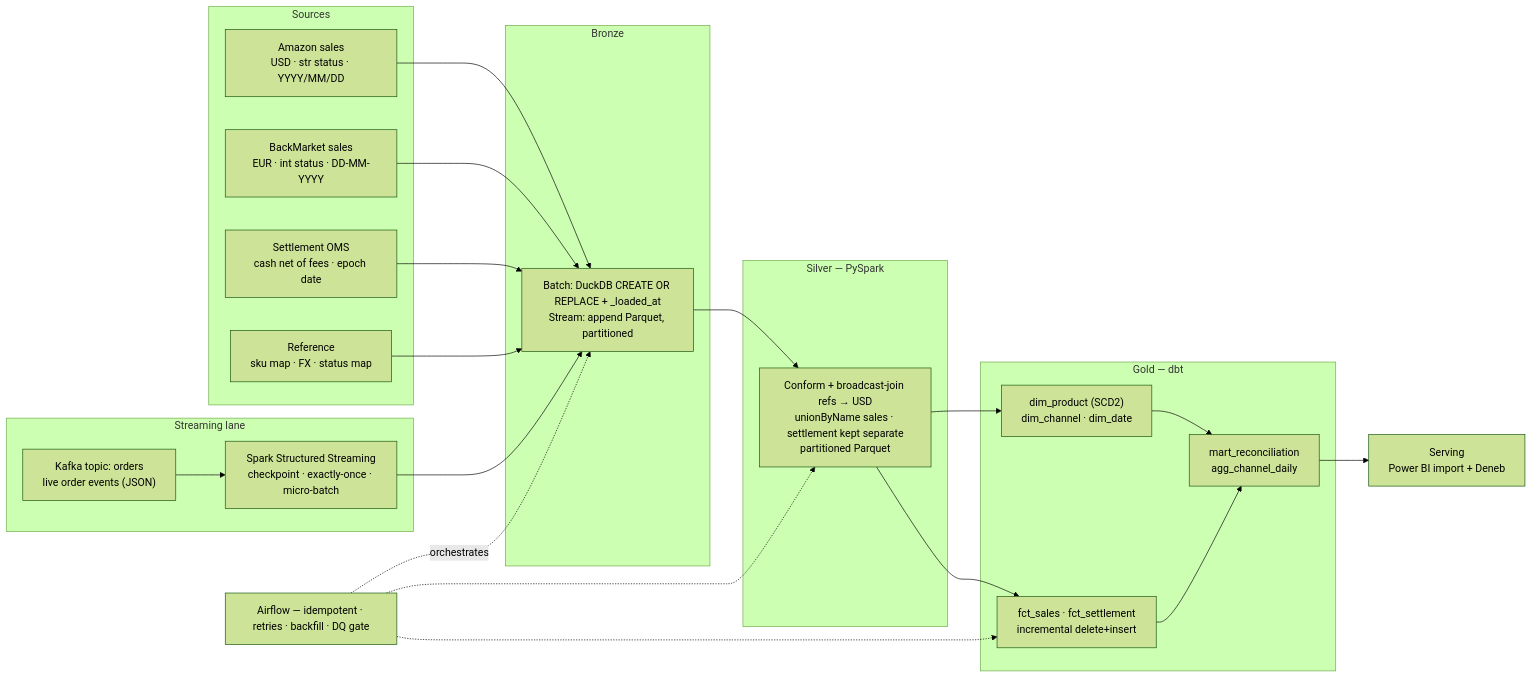
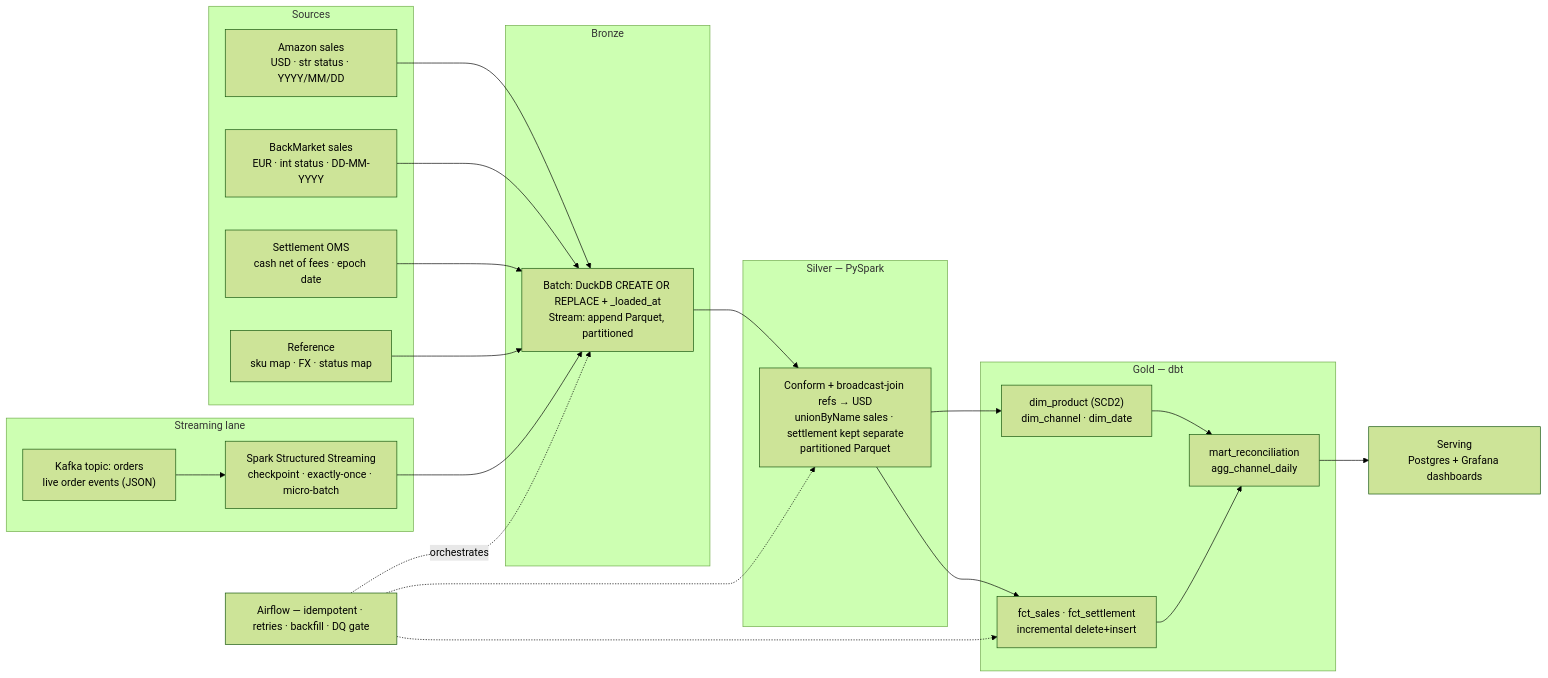
Before and after one commit to uyentrang27/commerce-lakehouse: the first of 2 diagrams in README.md, drawn with Mermaid (forest theme). The commit also changed other lines of this file and 9 other files, not shown here.

First line of the commit message:
Add serving lane: Postgres + Grafana dashboards (replaces Power BI)

````diff
--- a/README.md
+++ b/README.md
@@ -16,41 +16,41 @@
 ```mermaid
 flowchart LR
   subgraph SRC["Sources"]
     A["Amazon sales<br/>USD · str status · YYYY/MM/DD"]
     B["BackMarket sales<br/>EUR · int status · DD-MM-YYYY"]
     S["Settlement OMS<br/>cash net of fees · epoch date"]
     R["Reference<br/>sku map · FX · status map"]
   end
   subgraph STRM["Streaming lane"]
     KFK["Kafka topic: orders<br/>live order events (JSON)"]
     SSS["Spark Structured Streaming<br/>checkpoint · exactly-once · micro-batch"]
   end
   subgraph BR["Bronze"]
     BRZ["Batch: DuckDB CREATE OR REPLACE + _loaded_at<br/>Stream: append Parquet, partitioned"]
   end
   subgraph SV["Silver — PySpark"]
     SIL["Conform + broadcast-join refs → USD<br/>unionByName sales · settlement kept separate<br/>partitioned Parquet"]
   end
   subgraph GD["Gold — dbt"]
     DIM["dim_product (SCD2)<br/>dim_channel · dim_date"]
     FCT["fct_sales · fct_settlement<br/>incremental delete+insert"]
     MRT["mart_reconciliation<br/>agg_channel_daily"]
   end
-  PBI["Serving<br/>Power BI import + Deneb"]
+  PBI["Serving<br/>Postgres + Grafana dashboards"]
 
   A --> BRZ
   B --> BRZ
   S --> BRZ
   R --> BRZ
   KFK --> SSS
   SSS --> BRZ
   BRZ --> SIL
   SIL --> DIM
   SIL --> FCT
   DIM --> MRT
   FCT --> MRT
   MRT --> PBI
   AF["Airflow — idempotent · retries · backfill · DQ gate"] -.orchestrates.-> BRZ
   AF -.-> SIL
   AF -.-> FCT
 ```
````
